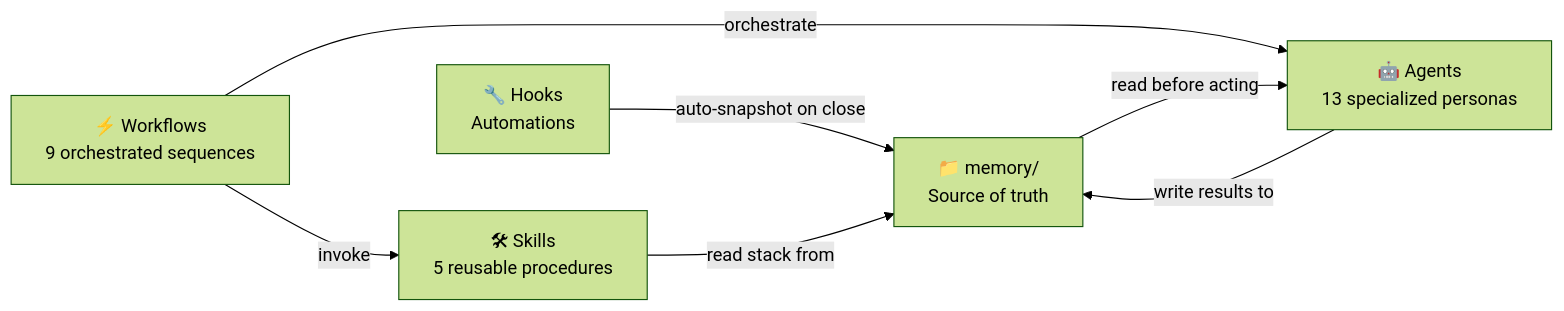
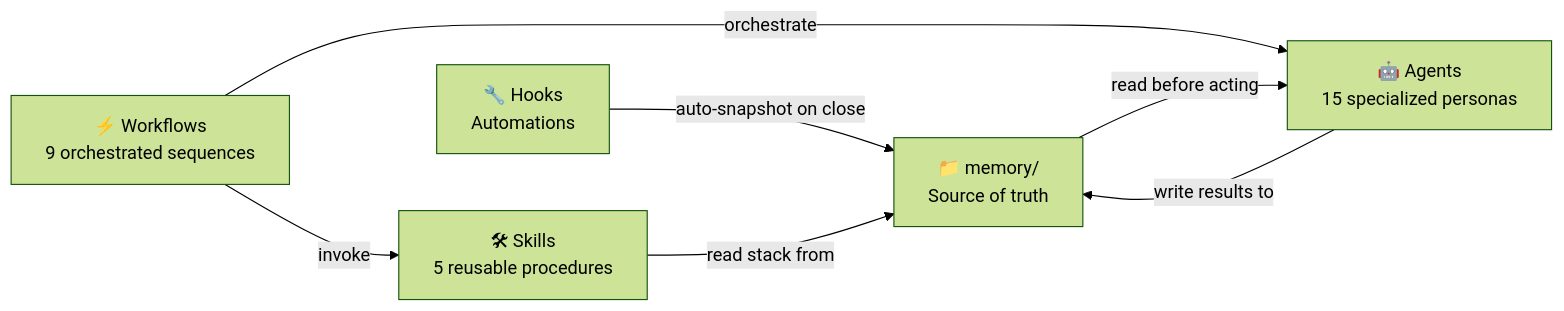
One commit to KillianPiccerelle/ai-dev-framework changed the diagram in README.md. Above: the diagram before and after it, drawn with Mermaid (forest theme). The commit also changed other lines of this file and 3 other files, not shown here.

````diff
--- a/README.md
+++ b/README.md
@@ -84,15 +84,15 @@
 ```mermaid
 graph LR
     MEM["📁 memory/\nSource of truth"]
-    AGT["🤖 Agents\n13 specialized personas"]
+    AGT["🤖 Agents\n15 specialized personas"]
     WFL["⚡ Workflows\n9 orchestrated sequences"]
     SKL["🛠 Skills\n5 reusable procedures"]
     HKS["🔧 Hooks\nAutomations"]
 
     MEM -->|read before acting| AGT
     AGT -->|write results to| MEM
     WFL -->|orchestrate| AGT
     WFL -->|invoke| SKL
     SKL -->|read stack from| MEM
     HKS -->|auto-snapshot on close| MEM
 ```
````
